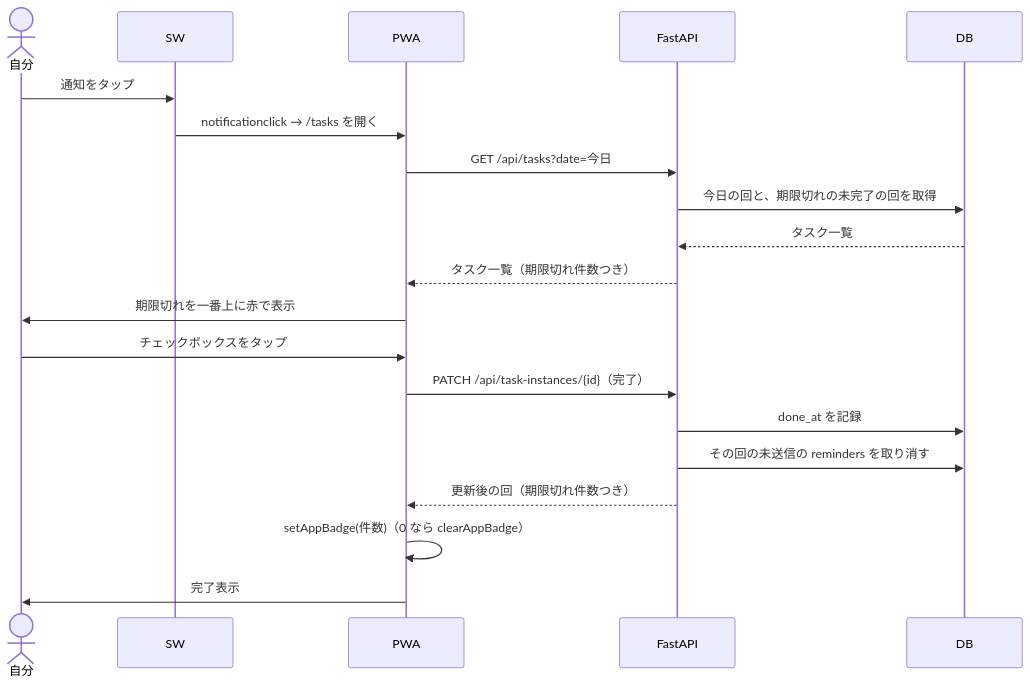
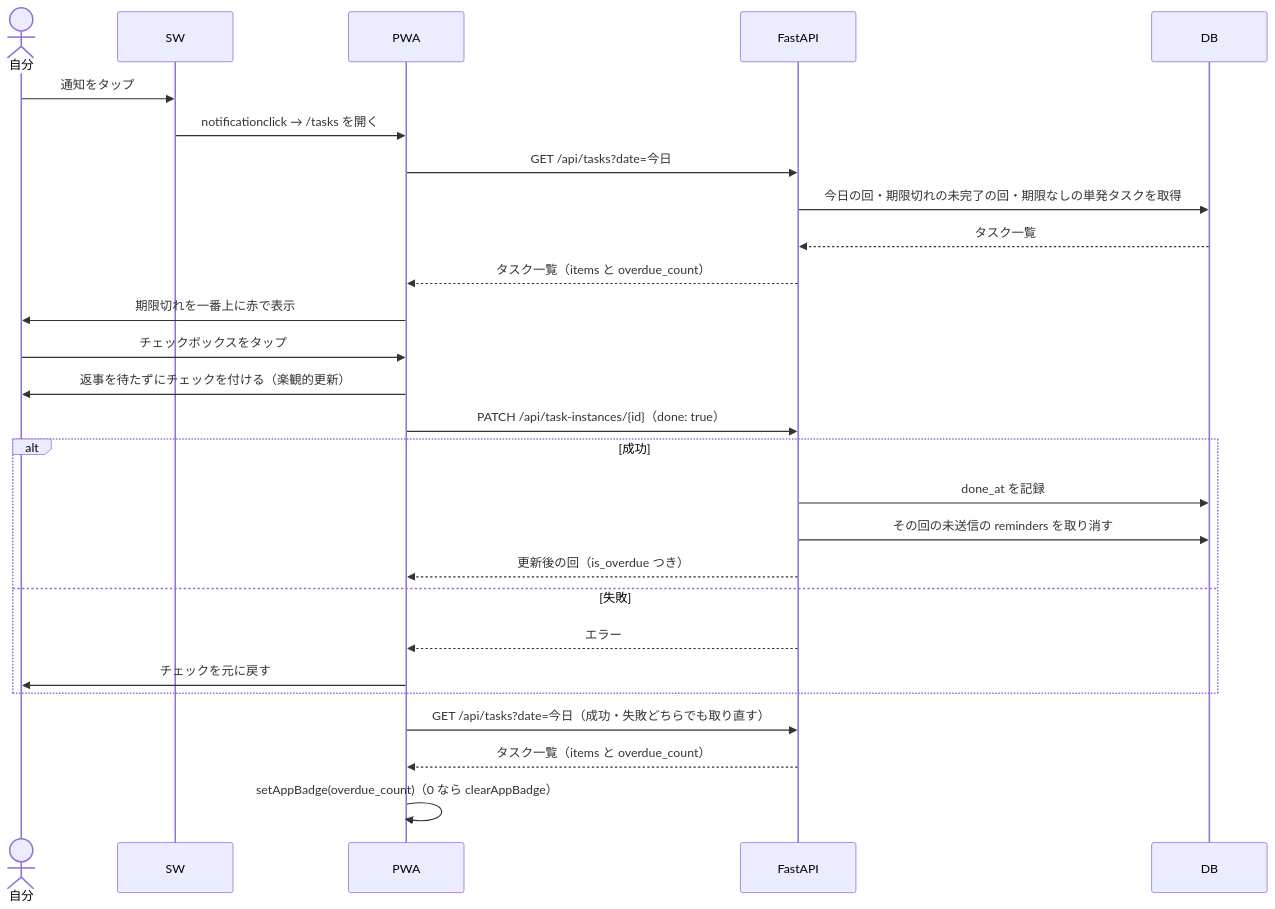
One commit to ari44-y/Claude changed the fourth of 10 diagrams in docs/シーケンス図.md. Above: the diagram before and after it, drawn with Mermaid. The commit also changed other lines of this file, not shown here.

Commit message:
Update sequence diagrams: recurring task changes, optimistic update, backup details

````diff
--- a/docs/シーケンス図.md
+++ b/docs/シーケンス図.md
@@ -143,23 +145,30 @@
 ```mermaid
 sequenceDiagram
     actor U as 自分
     participant SW as SW
     participant P as PWA
     participant A as FastAPI
     participant DB as DB
 
     U->>SW: 通知をタップ
     SW->>P: notificationclick → /tasks を開く
     P->>A: GET /api/tasks?date=今日
-    A->>DB: 今日の回と、期限切れの未完了の回を取得
+    A->>DB: 今日の回・期限切れの未完了の回・期限なしの単発タスクを取得
     DB-->>A: タスク一覧
-    A-->>P: タスク一覧（期限切れ件数つき）
+    A-->>P: タスク一覧（items と overdue_count）
     P->>U: 期限切れを一番上に赤で表示
     U->>P: チェックボックスをタップ
-    P->>A: PATCH /api/task-instances/{id}（完了）
-    A->>DB: done_at を記録
-    A->>DB: その回の未送信の reminders を取り消す
-    A-->>P: 更新後の回（期限切れ件数つき）
-    P->>P: setAppBadge(件数)（0 なら clearAppBadge）
-    P->>U: 完了表示
+    P->>U: 返事を待たずにチェックを付ける（楽観的更新）
+    P->>A: PATCH /api/task-instances/{id}（done: true）
+    alt 成功
+        A->>DB: done_at を記録
+        A->>DB: その回の未送信の reminders を取り消す
+        A-->>P: 更新後の回（is_overdue つき）
+    else 失敗
+        A-->>P: エラー
+        P->>U: チェックを元に戻す
+    end
+    P->>A: GET /api/tasks?date=今日（成功・失敗どちらでも取り直す）
+    A-->>P: タスク一覧（items と overdue_count）
+    P->>P: setAppBadge(overdue_count)（0 なら clearAppBadge）
 ```
````
